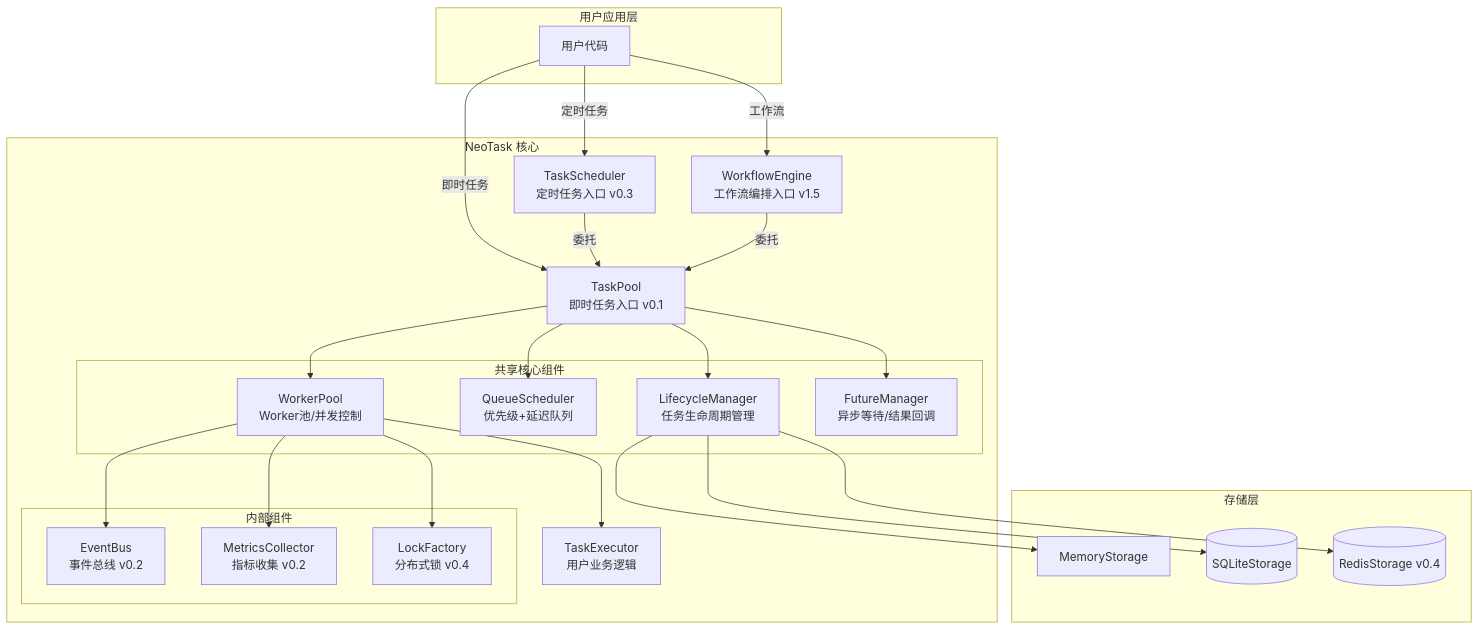
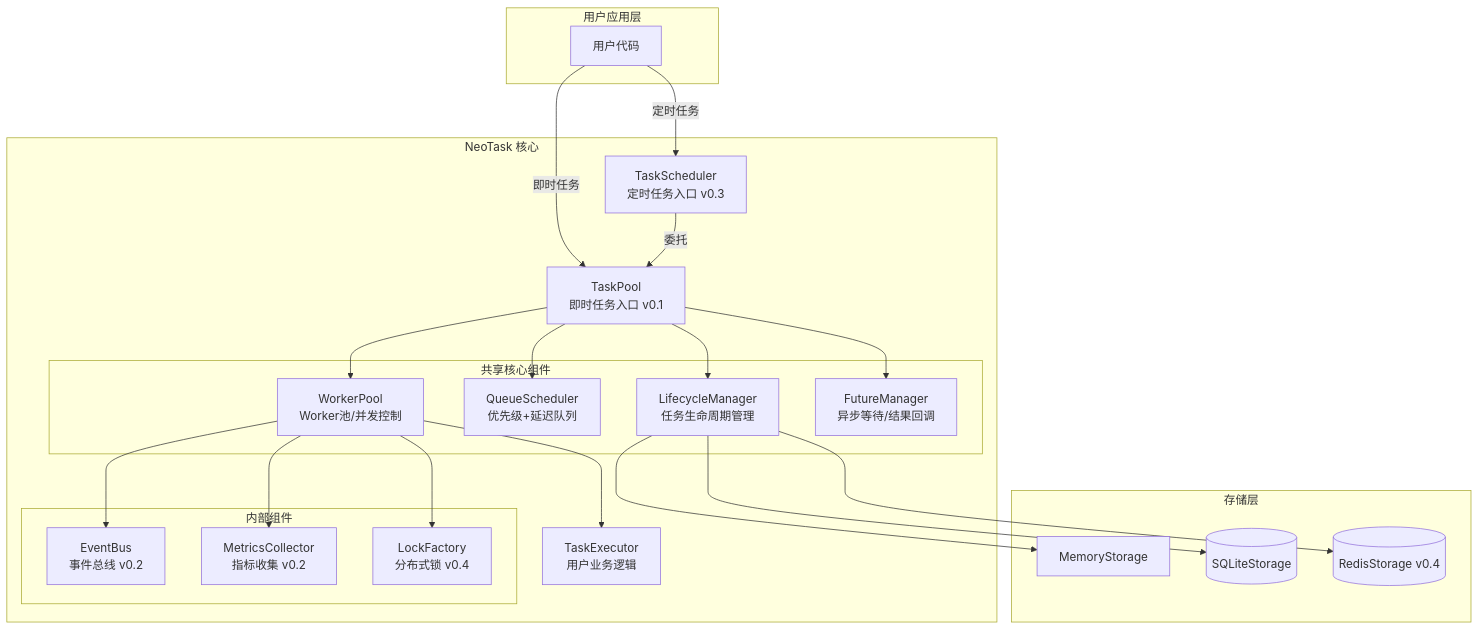
The first of 2 diagrams in README_zh.md (neopen/neotask), drawn with Mermaid before and after one commit. The commit also changed other lines of this file and 45 other files, not shown here.

````diff
--- a/README_zh.md
+++ b/README_zh.md
@@ -67,52 +64,49 @@
 ```mermaid
 graph TB
     subgraph User["用户应用层"]
         APP[用户代码]
     end
     
     subgraph NeoTask["NeoTask 核心"]
         TP[TaskPool<br/>即时任务入口 v0.1]
         TS[TaskScheduler<br/>定时任务入口 v0.3]
-        WF[WorkflowEngine<br/>工作流编排入口 v1.5]
         
         subgraph Core["共享核心组件"]
             LM[LifecycleManager<br/>任务生命周期管理]
             QS[QueueScheduler<br/>优先级+延迟队列]
             WP[WorkerPool<br/>Worker池/并发控制]
             FM[FutureManager<br/>异步等待/结果回调]
         end
         
         subgraph Internal["内部组件"]
             EB[EventBus<br/>事件总线 v0.2]
             MC[MetricsCollector<br/>指标收集 v0.2]
             LF[LockFactory<br/>分布式锁 v0.4]
         end
         
         EX[TaskExecutor<br/>用户业务逻辑]
     end
     
     subgraph Storage["存储层"]
         MEM[MemoryStorage]
         SQLITE[(SQLiteStorage)]
         REDIS[(RedisStorage v0.4)]
     end
     
     APP -->|即时任务| TP
     APP -->|定时任务| TS
-    APP -->|工作流| WF
     TS -->|委托| TP
-    WF -->|委托| TP
     TP --> LM
     TP --> QS
     TP --> WP
     TP --> FM
     
     LM --> MEM
     LM --> SQLITE
     LM --> REDIS
     
     WP --> EX
     WP --> EB
     WP --> MC
     WP --> LF
 ```
````
